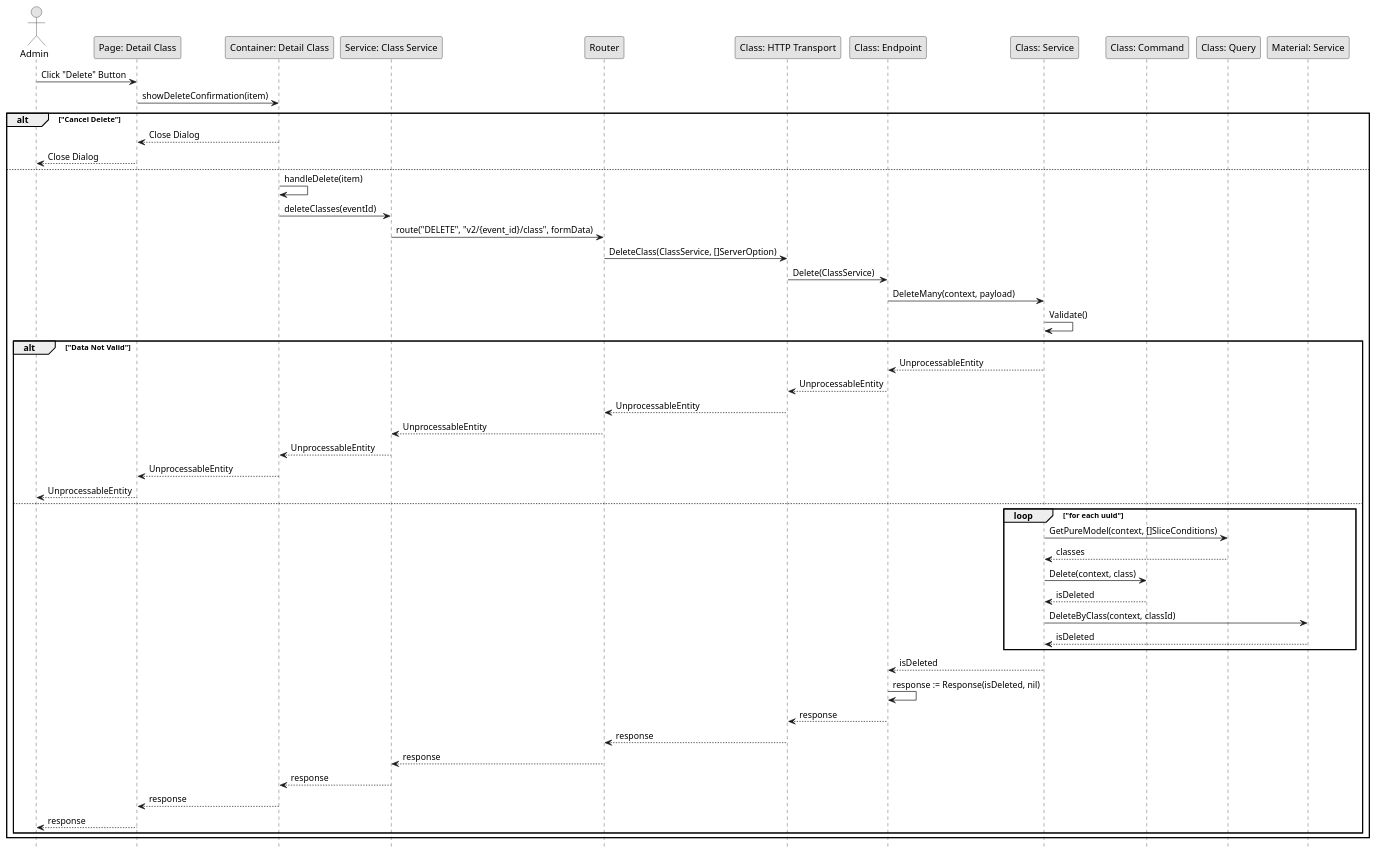
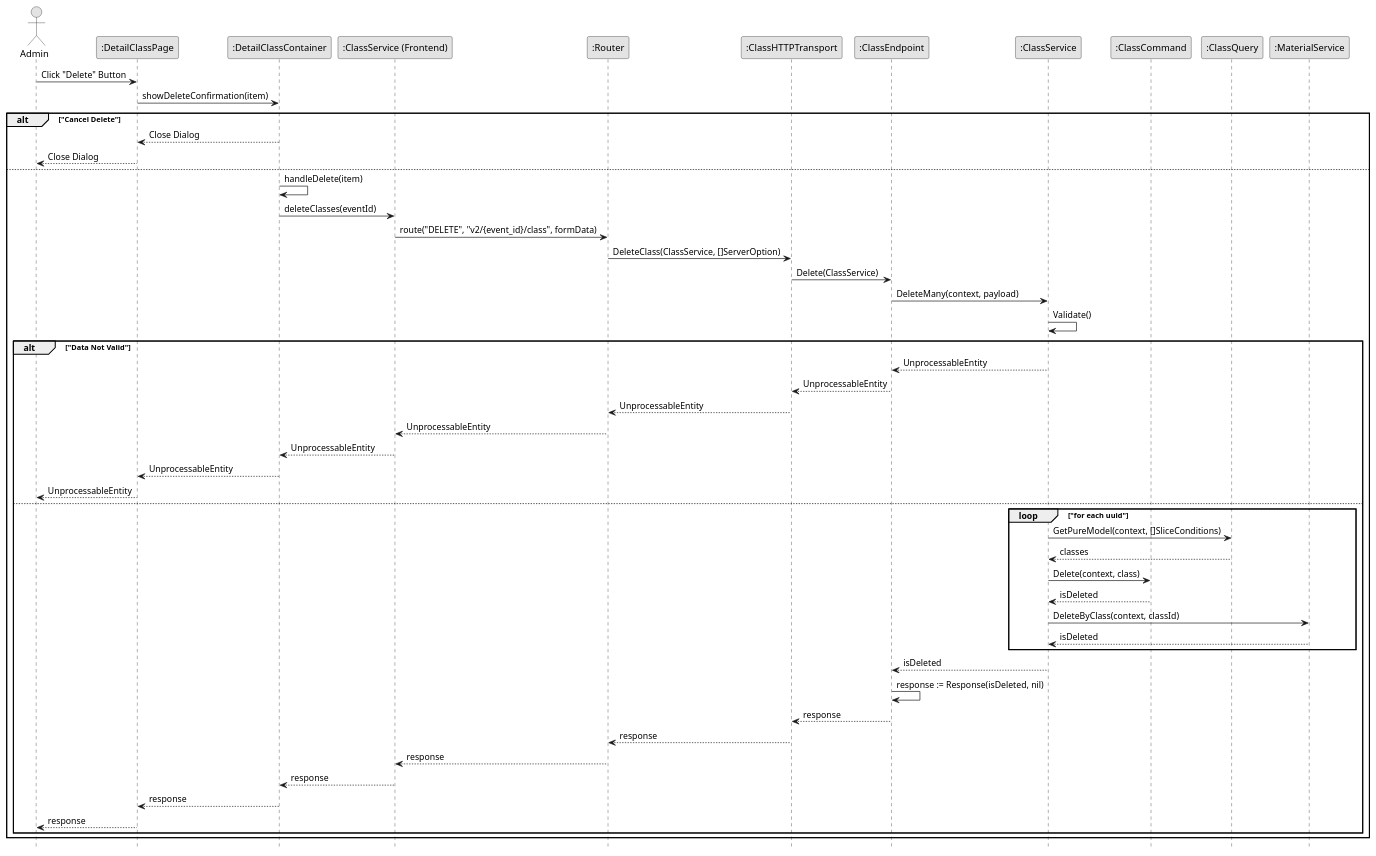
Before and after one commit to fwidjaya20/fazzlearning-uml: the diagram in Sequence/Release01/DeleteClass.wsd, drawn with PlantUML. The commit also changed 108 other files, not shown here.

Commit message:
fix(diagram): change participant format name (#30)

```diff
--- a/Sequence/Release01/DeleteClass.wsd
+++ b/Sequence/Release01/DeleteClass.wsd
@@ -1,65 +1,65 @@
 @startuml DeleteClass
 
 skinparam Monochrome true
 skinparam Shadowing false
 hide footbox
 
 actor Admin
-participant "Page: Detail Class" as DetailClassPage
-participant "Container: Detail Class" as DetailClassContainer
-participant "Service: Class Service" as FEClassService
-participant "Router" as Router
-participant "Class: HTTP Transport" as ClassHTTPTransport
-participant "Class: Endpoint" as ClassEndpoint
-participant "Class: Service" as ClassService
-participant "Class: Command" as ClassCommand
-participant "Class: Query" as ClassQuery
-participant "Material: Service" as MaterialService
+participant ":DetailClassPage" as DetailClassPage
+participant ":DetailClassContainer" as DetailClassContainer
+participant ":ClassService (Frontend)" as FEClassService
+participant ":Router" as Router
+participant ":ClassHTTPTransport" as ClassHTTPTransport
+participant ":ClassEndpoint" as ClassEndpoint
+participant ":ClassService" as ClassService
+participant ":ClassCommand" as ClassCommand
+participant ":ClassQuery" as ClassQuery
+participant ":MaterialService" as MaterialService
 
 Admin->DetailClassPage: Click "Delete" Button
 DetailClassPage->DetailClassContainer: showDeleteConfirmation(item)
 
 alt "Cancel Delete"
     DetailClassContainer-->DetailClassPage: Close Dialog
     DetailClassPage-->Admin: Close Dialog
 else
     DetailClassContainer->DetailClassContainer: handleDelete(item)
     DetailClassContainer->FEClassService: deleteClasses(eventId)
     FEClassService->Router: route("DELETE", "v2/{event_id}/class", formData)
     Router->ClassHTTPTransport: DeleteClass(ClassService, []ServerOption)
     ClassHTTPTransport->ClassEndpoint: Delete(ClassService)
     ClassEndpoint->ClassService: DeleteMany(context, payload)
     ClassService->ClassService: Validate()
 
     alt "Data Not Valid"
         ClassService-->ClassEndpoint: UnprocessableEntity
         ClassEndpoint-->ClassHTTPTransport: UnprocessableEntity
         ClassHTTPTransport-->Router: UnprocessableEntity
         Router-->FEClassService: UnprocessableEntity
         FEClassService-->DetailClassContainer: UnprocessableEntity
         DetailClassContainer-->DetailClassPage: UnprocessableEntity
         DetailClassPage-->Admin: UnprocessableEntity
     else
         loop "for each uuid"
             ClassService->ClassQuery: GetPureModel(context, []SliceConditions)
             ClassQuery-->ClassService: classes
 
             ClassService->ClassCommand: Delete(context, class)
             ClassCommand-->ClassService: isDeleted
 
             ClassService->MaterialService: DeleteByClass(context, classId)
             MaterialService-->ClassService: isDeleted
         end
         
         ClassService-->ClassEndpoint: isDeleted
         ClassEndpoint->ClassEndpoint: response := Response(isDeleted, nil)
         ClassEndpoint-->ClassHTTPTransport: response
         ClassHTTPTransport-->Router: response
         Router-->FEClassService: response
         FEClassService-->DetailClassContainer: response
         DetailClassContainer-->DetailClassPage: response
         DetailClassPage-->Admin: response
     end
 end
 
 @enduml
```
